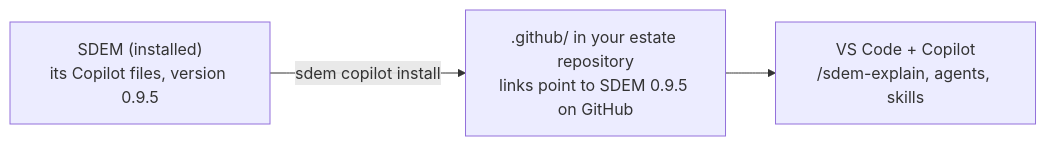
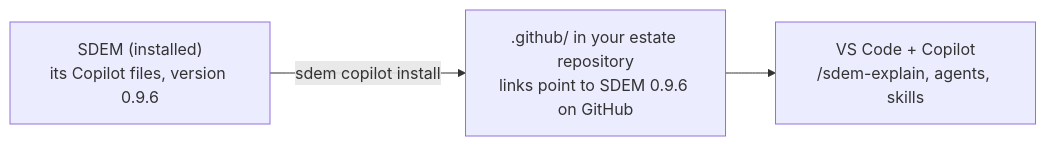
Before and after one commit to taumoeps/bian-sdem-framework: the diagram in docs/design/sdem-copilot-install-design.md, drawn with Mermaid. The commit also changed 22 other files, not shown here.

````diff
--- a/docs/design/sdem-copilot-install-design.md
+++ b/docs/design/sdem-copilot-install-design.md
@@ -18,5 +18,5 @@
 ```mermaid
 flowchart LR
-    S["SDEM (installed)<br/>its Copilot files, version 0.9.5"] -- "sdem copilot install" --> E[".github/ in your estate repository<br/>links point to SDEM 0.9.5 on GitHub"]
+    S["SDEM (installed)<br/>its Copilot files, version 0.9.6"] -- "sdem copilot install" --> E[".github/ in your estate repository<br/>links point to SDEM 0.9.6 on GitHub"]
     E --> V["VS Code + Copilot<br/>/sdem-explain, agents, skills"]
 ```
````
